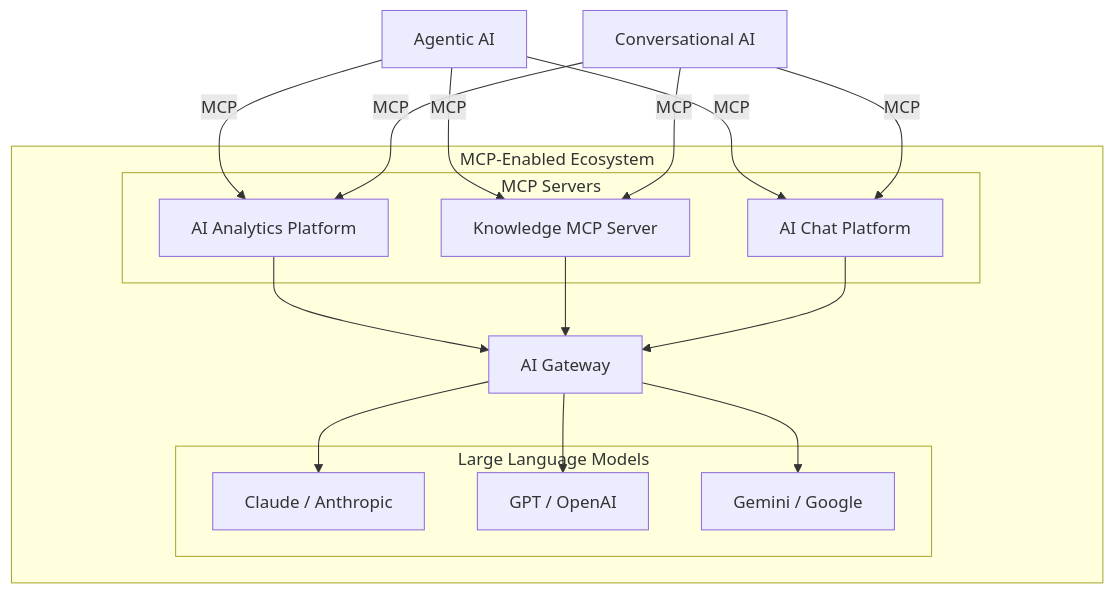
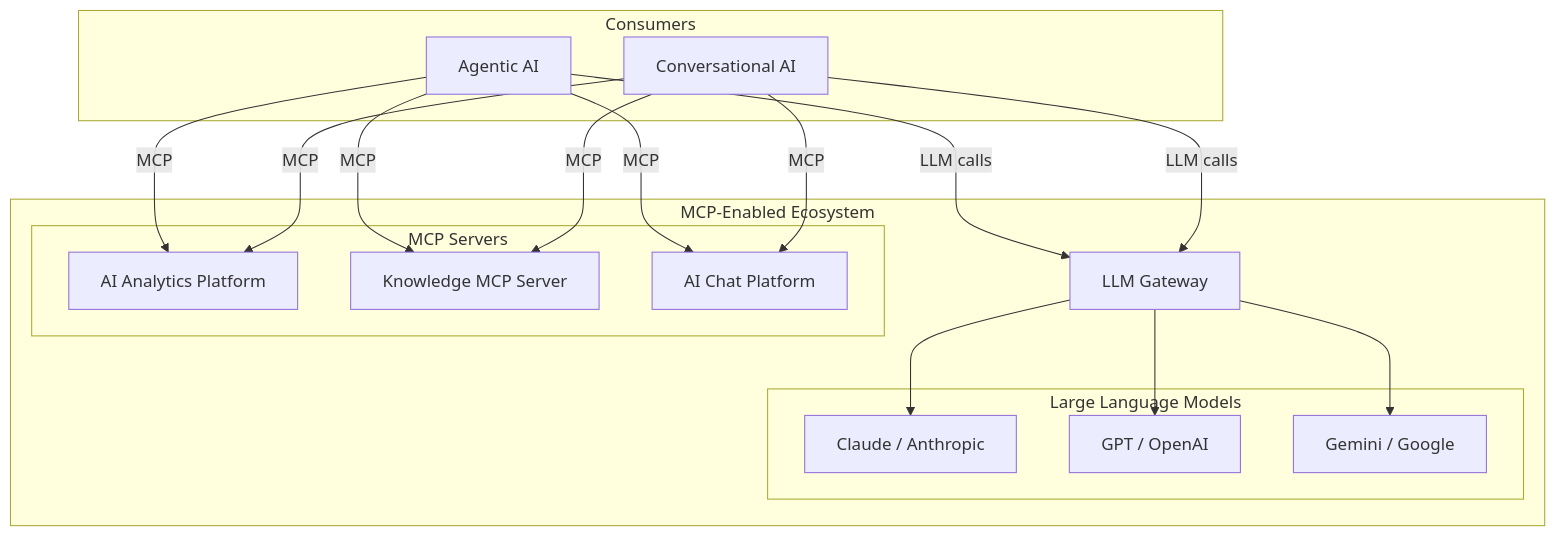
The diagram in README.md (M-A-Operating-System/shared-work), drawn with Mermaid before and after one commit.

Commit message:
docs(readme): fix ecosystem diagram topology
AI Consumers (Agentic AI, Conversational AI) grouped in subgraph.
Consumers connect to MCP Servers via MCP and to LLM Gateway for LLM calls.
MCP Servers have no connection to the LLM Gateway.

https://claude.ai/code/session_01CYjqpWt1v2JhCDuDBEJCSM

````diff
--- a/README.md
+++ b/README.md
@@ -39,35 +39,36 @@
 ```mermaid
 flowchart TB
-    AgAI[Agentic AI]
-    ConvAI[Conversational AI]
+    subgraph Consumers["Consumers"]
+        AgAI[Agentic AI]
+        ConvAI[Conversational AI]
+    end
 
     subgraph Ecosystem["MCP-Enabled Ecosystem"]
         subgraph MCPServers["MCP Servers"]
             AN[AI Analytics Platform]
             KN[Knowledge MCP Server]
             CH[AI Chat Platform]
         end
 
-        GW[AI Gateway]
+        GW[LLM Gateway]
 
         subgraph LLMPool["Large Language Models"]
             L1[Claude / Anthropic]
             L2[GPT / OpenAI]
             L3[Gemini / Google]
         end
 
-        AN --> GW
-        KN --> GW
-        CH --> GW
         GW --> L1
         GW --> L2
         GW --> L3
     end
 
     AgAI -->|MCP| AN
     AgAI -->|MCP| KN
     AgAI -->|MCP| CH
+    AgAI -->|LLM calls| GW
     ConvAI -->|MCP| AN
     ConvAI -->|MCP| KN
     ConvAI -->|MCP| CH
+    ConvAI -->|LLM calls| GW
 ```
````
